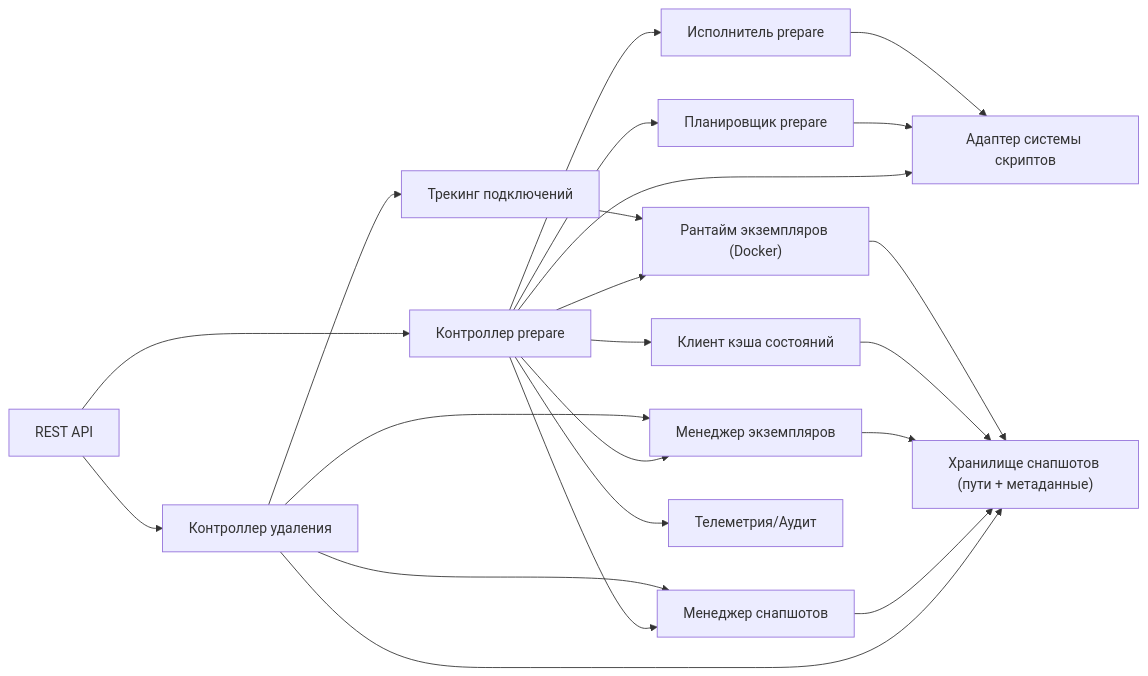
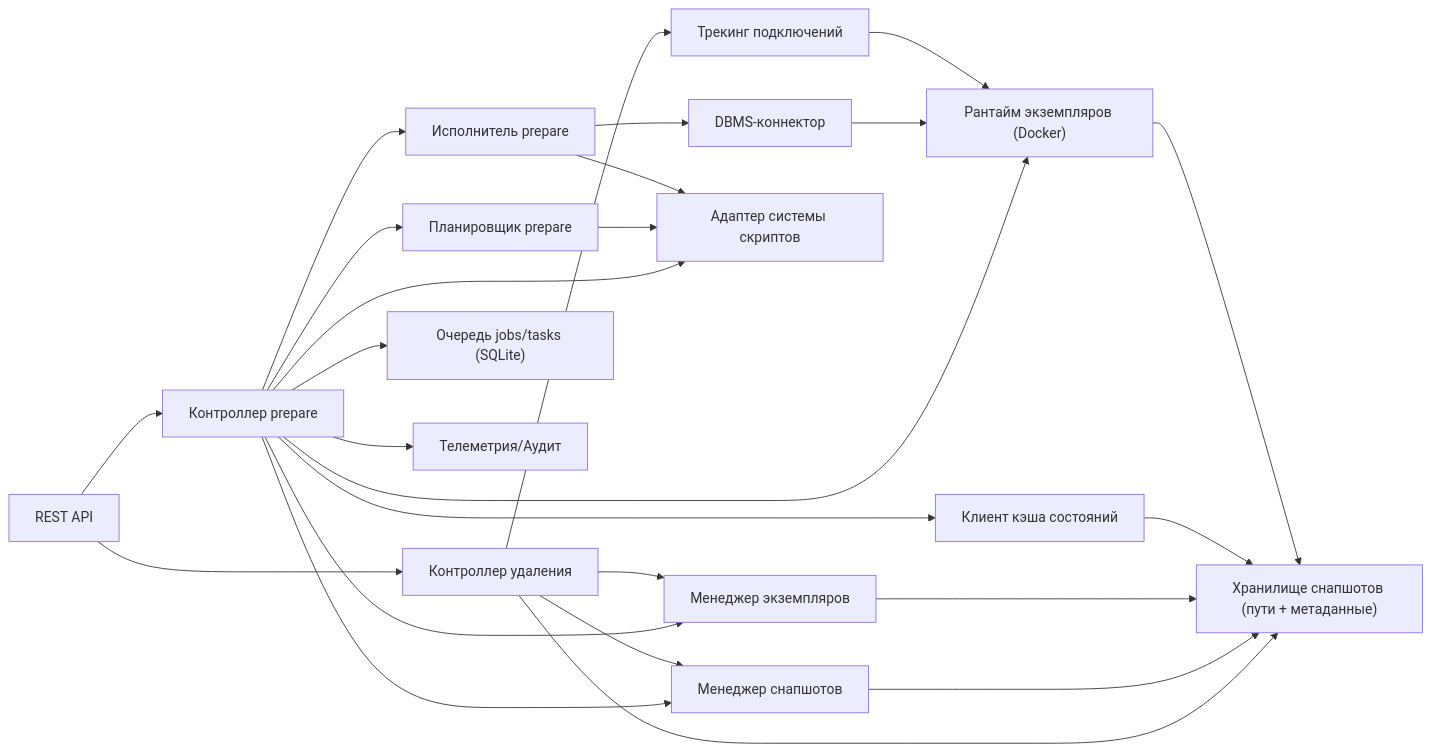
Before and after one commit to kimak-irmagi/taidon: the first of 6 diagrams in docs/architecture/engine-internals.RU.md, drawn with Mermaid. The commit also changed other lines of this file and 6 other files, not shown here.

````diff
--- a/docs/architecture/engine-internals.RU.md
+++ b/docs/architecture/engine-internals.RU.md
@@ -7,38 +7,43 @@
 ```mermaid
 flowchart LR
   API[REST API]
   CTRL["Контроллер prepare"]
   DEL["Контроллер удаления"]
   PLAN["Планировщик prepare"]
   EXEC["Исполнитель prepare"]
   CACHE[Клиент кэша состояний]
-  SNAP[Менеджер снапшотов]
+  SNAP["Менеджер снапшотов"]
+  QSTORE["Очередь jobs/tasks (SQLite)"]
   RUNTIME["Рантайм экземпляров (Docker)"]
+  DBMS["DBMS-коннектор"]
   ADAPTER["Адаптер системы скриптов"]
   INST["Менеджер экземпляров"]
   CONN["Трекинг подключений"]
   STORE["Хранилище снапшотов (пути + метаданные)"]
   OBS[Телеметрия/Аудит]
 
   API --> CTRL
   API --> DEL
   CTRL --> PLAN
   CTRL --> EXEC
   CTRL --> CACHE
   CTRL --> SNAP
+  CTRL --> QSTORE
   CTRL --> RUNTIME
   CTRL --> ADAPTER
   CTRL --> INST
   CTRL --> OBS
   DEL --> INST
   DEL --> SNAP
   DEL --> STORE
   DEL --> CONN
   PLAN --> ADAPTER
   EXEC --> ADAPTER
+  EXEC --> DBMS
+  DBMS --> RUNTIME
   SNAP --> STORE
   INST --> STORE
   CACHE --> STORE
   RUNTIME --> STORE
   CONN --> RUNTIME
 ```
````
